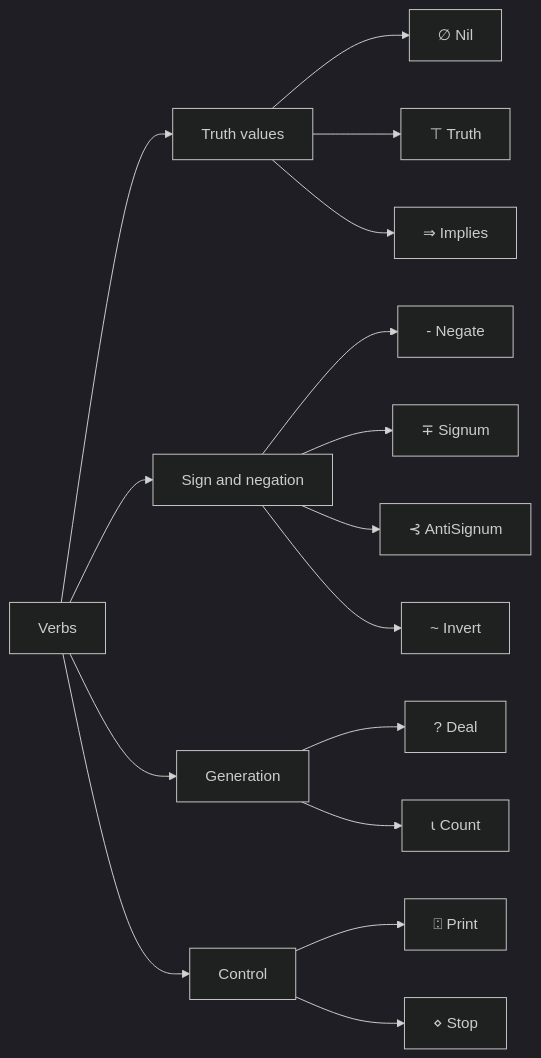
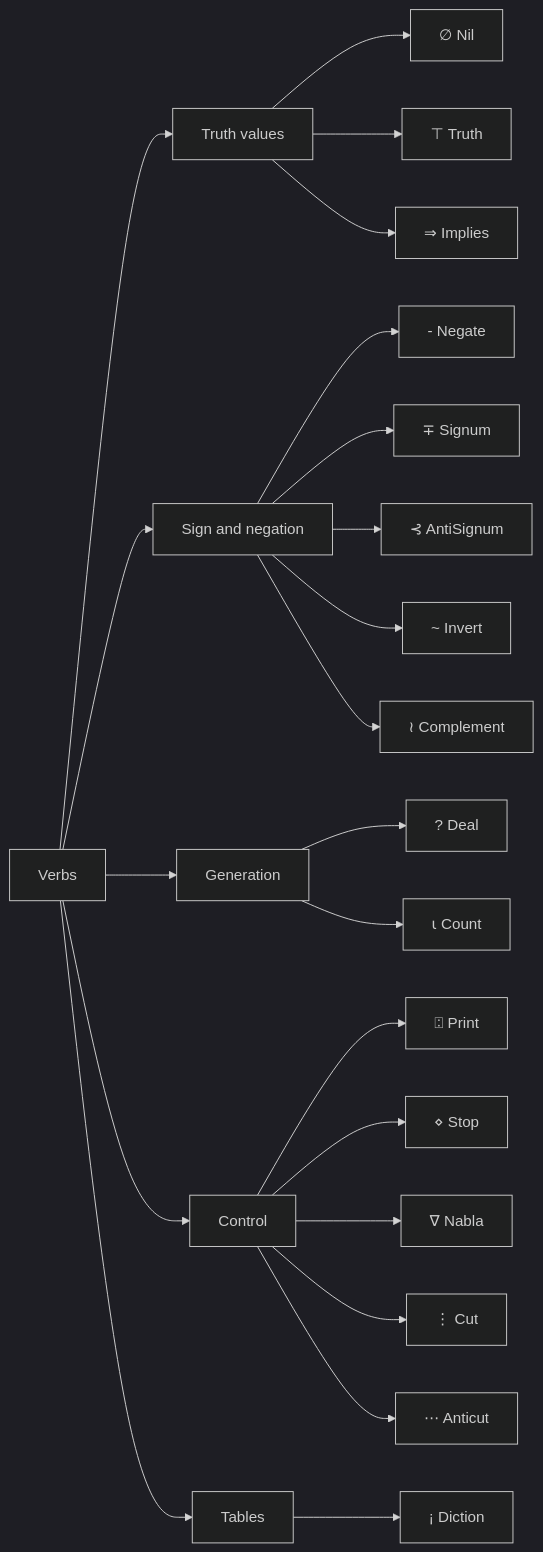
Before and after one commit to IronAutie/Wuxia-The-Manual: the diagram in manual-verb-index.md, drawn with Mermaid (dark theme). The commit also changed 12 other files, not shown here.

````diff
--- a/manual-verb-index.md
+++ b/manual-verb-index.md
@@ -3,29 +3,40 @@
 ```mermaid
 graph LR
     V["Verbs"] --> T["Truth values"]
     V --> S["Sign and negation"]
     V --> G["Generation"]
     V --> C["Control"]
+    V --> TB["Tables"]
     T --> Nil["∅ Nil"]
     T --> Truth["⊤ Truth"]
     T --> Implies["⇒ Implies"]
     S --> Negate["- Negate"]
     S --> Signum["∓ Signum"]
     S --> AntiSignum["⊰ AntiSignum"]
     S --> Invert["~ Invert"]
+    S --> Complement["≀ Complement"]
     G --> Deal["? Deal"]
     G --> Count["⍳ Count"]
     C --> Print["⍠ Print"]
     C --> Stop["⋄ Stop"]
+    C --> Nabla["∇ Nabla"]
+    C --> Cut["⋮ Cut"]
+    C --> Anticut["⋯ Anticut"]
+    TB --> Diction["¡ Diction"]
     click Nil "https://github.com/IronAutie/Wuxia-The-Manual/blob/main/manual-page-0-nil.md"
     click Truth "https://github.com/IronAutie/Wuxia-The-Manual/blob/main/manual-page-back-truth.md"
     click Implies "https://github.com/IronAutie/Wuxia-The-Manual/blob/main/manual-page-4-implies.md"
     click Negate "https://github.com/IronAutie/Wuxia-The-Manual/blob/main/manual-page-1-negate.md"
     click Signum "https://github.com/IronAutie/Wuxia-The-Manual/blob/main/manual-page-5-signum.md"
     click AntiSignum "https://github.com/IronAutie/Wuxia-The-Manual/blob/main/manual-page-6-antisignum.md"
     click Invert "https://github.com/IronAutie/Wuxia-The-Manual/blob/main/manual-page-3-invert.md"
+    click Complement "https://github.com/IronAutie/Wuxia-The-Manual/blob/main/manual-page-13-complement.md"
     click Deal "https://github.com/IronAutie/Wuxia-The-Manual/blob/main/manual-page-2-deal.md"
     click Count "https://github.com/IronAutie/Wuxia-The-Manual/blob/main/manual-page-9-count.md"
     click Print "https://github.com/IronAutie/Wuxia-The-Manual/blob/main/manual-page-7-print.md"
     click Stop "https://github.com/IronAutie/Wuxia-The-Manual/blob/main/manual-page-8-diamond.md"
+    click Nabla "https://github.com/IronAutie/Wuxia-The-Manual/blob/main/manual-page-10-nabla.md"
+    click Cut "https://github.com/IronAutie/Wuxia-The-Manual/blob/main/manual-page-11-cut.md"
+    click Anticut "https://github.com/IronAutie/Wuxia-The-Manual/blob/main/manual-page-12-anticut.md"
+    click Diction "https://github.com/IronAutie/Wuxia-The-Manual/blob/main/manual-page-14-diction.md"
 ```
````
